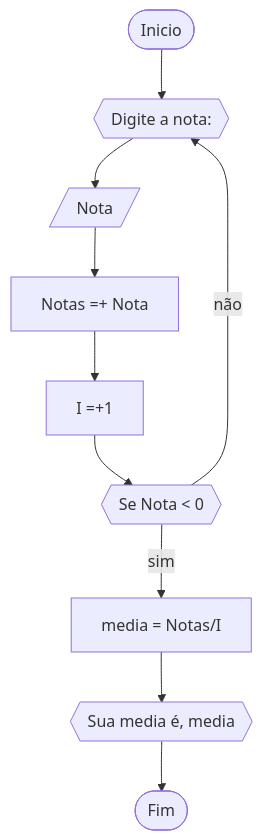
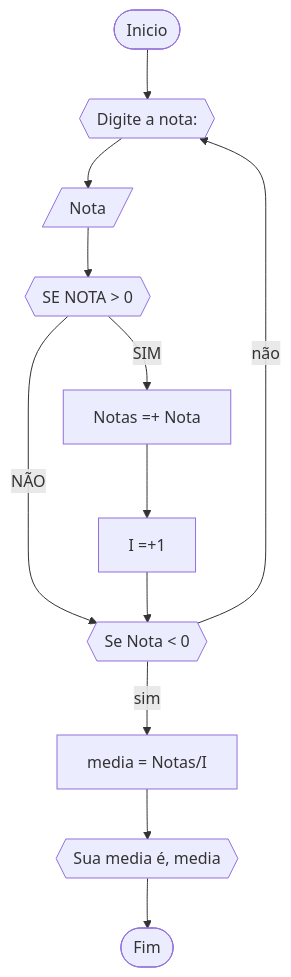
One commit to samuca2k18/unifor changed the fourth of 4 diagrams in RLA/LISTA_3.md. Above: the diagram before and after it, drawn with Mermaid. The commit also changed other lines of this file, not shown here.

````diff
--- a/RLA/LISTA_3.md
+++ b/RLA/LISTA_3.md
@@ -110,12 +111,14 @@
 ```mermaid
 flowchart TD
 A([Inicio]) --> B{{Digite a nota:}}
 B --> C[/Nota/]
-C --> D[Notas =+ Nota]
-D --> E[I =+1]
-E --> F{{Se Nota < 0}}
-F -->|não| B
-F -->|sim| G[media = Notas/I]
-G --> H{{Sua media é, media}}
-H --> Z([Fim])
+C --> D{{SE NOTA > 0}}
+D -->|SIM| E[Notas =+ Nota]
+D -->|NÃO| G
+E --> F[I =+1]
+F --> G{{Se Nota < 0}}
+G -->|não| B
+G -->|sim| H[media = Notas/I]
+H --> I{{Sua media é, media}}
+I --> Z([Fim])
 ```
````
